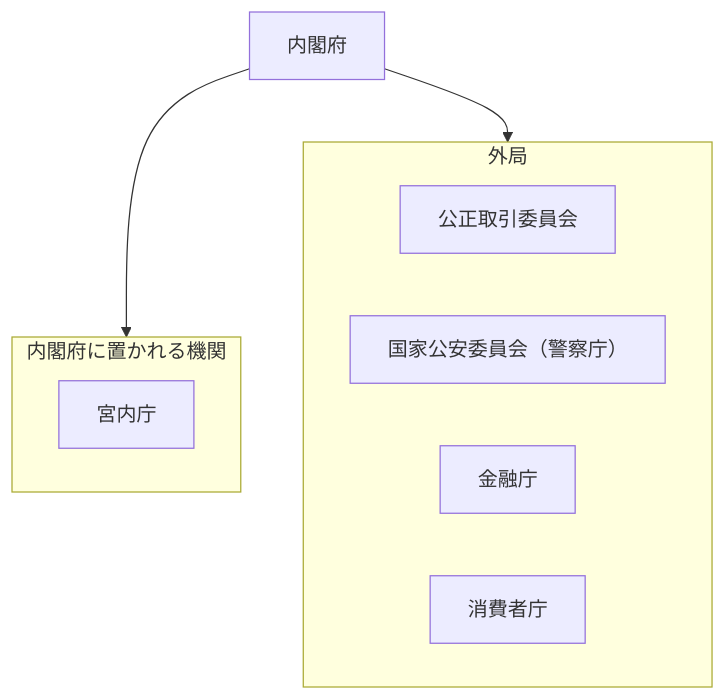
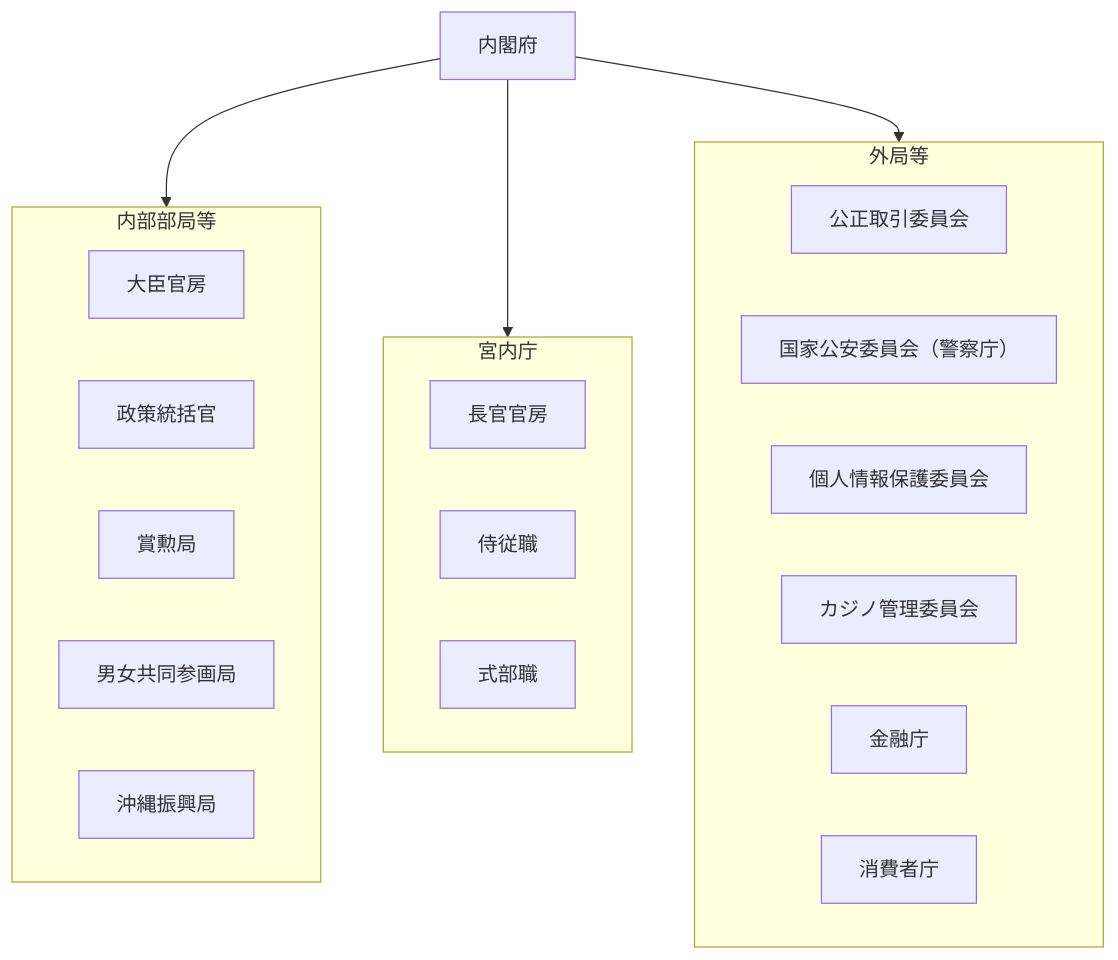
Before and after one commit to tatemaru/jp-admin-org-chart: the diagram in 行政機構/内閣府/README.md, drawn with Mermaid. The commit also changed other lines of this file and 18 other files, not shown here.

````diff
--- a/行政機構/内閣府/README.md
+++ b/行政機構/内閣府/README.md
@@ -5,15 +5,27 @@
 ```mermaid
 flowchart TB
   root["内閣府"]
-  subgraph g0["内閣府に置かれる機関"]
-    n0_0["宮内庁"]
+  subgraph g0["内部部局等"]
+    n0_0["大臣官房"]
+    n0_1["政策統括官"]
+    n0_2["賞勲局"]
+    n0_3["男女共同参画局"]
+    n0_4["沖縄振興局"]
   end
   root --> g0
-  subgraph g1["外局"]
-    n1_0["公正取引委員会"]
-    n1_1["国家公安委員会（警察庁）"]
-    n1_2["金融庁"]
-    n1_3["消費者庁"]
+  subgraph g1["宮内庁"]
+    n1_0["長官官房"]
+    n1_1["侍従職"]
+    n1_2["式部職"]
   end
   root --> g1
+  subgraph g2["外局等"]
+    n2_0["公正取引委員会"]
+    n2_1["国家公安委員会（警察庁）"]
+    n2_2["個人情報保護委員会"]
+    n2_3["カジノ管理委員会"]
+    n2_4["金融庁"]
+    n2_5["消費者庁"]
+  end
+  root --> g2
 ```
````
